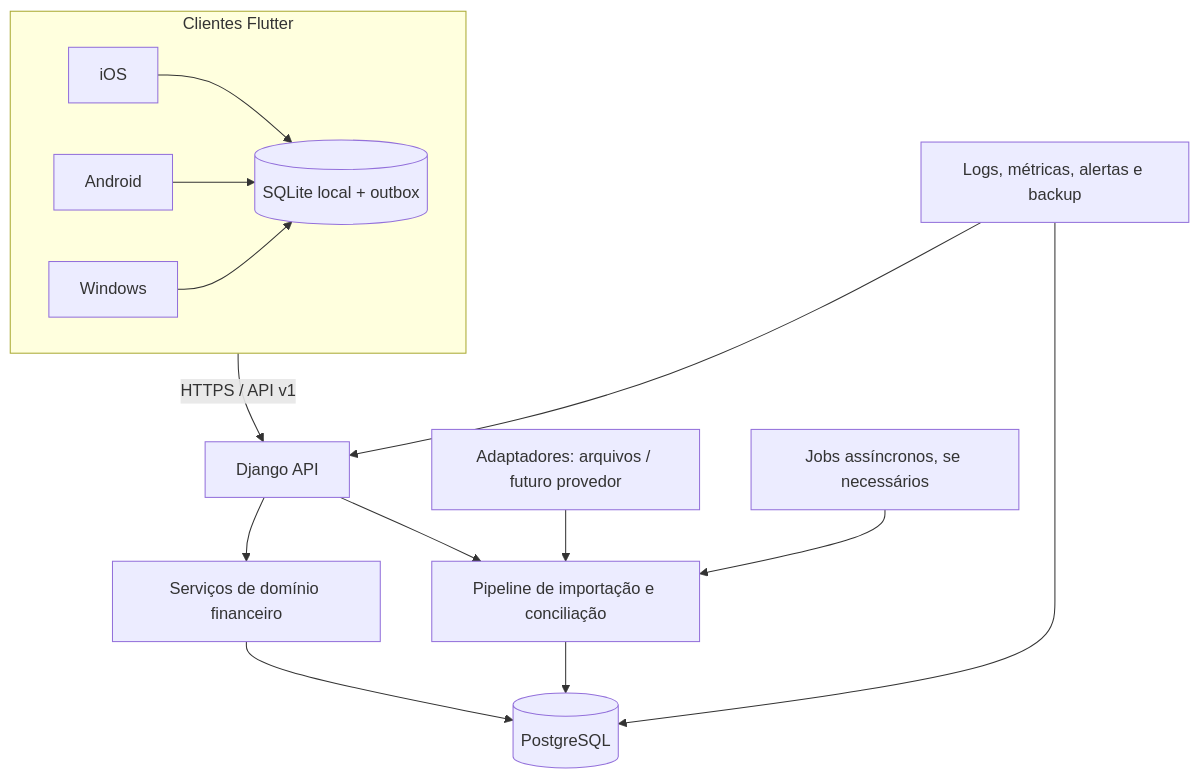
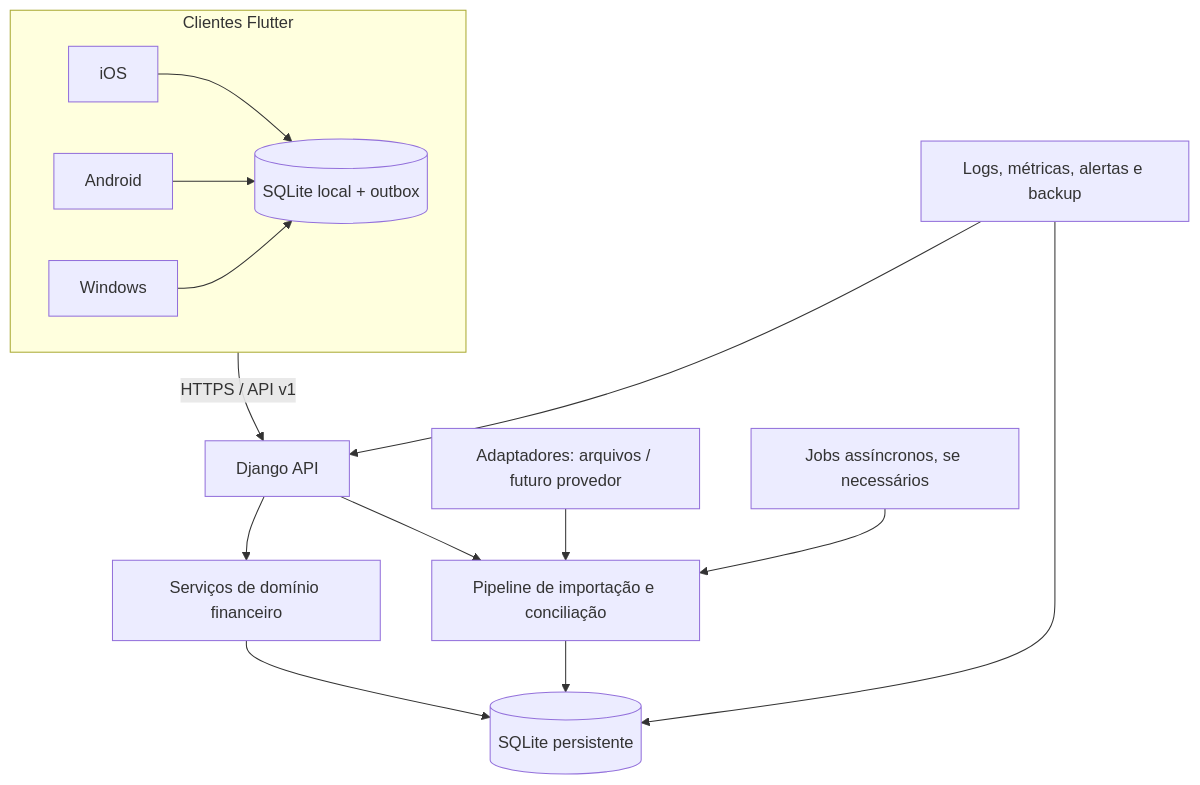
The third of 4 diagrams in PRD.md (Ludsonfrancisco/finanpy), drawn with Mermaid before and after one commit. The commit also changed other lines of this file and 13 other files, not shown here.

````diff
--- a/PRD.md
+++ b/PRD.md
@@ -152,21 +164,21 @@
 ```mermaid
 flowchart TB
     subgraph Clients["Clientes Flutter"]
         IOS["iOS"]
         Android["Android"]
         Windows["Windows"]
         Local[("SQLite local + outbox")]
         IOS --> Local
         Android --> Local
         Windows --> Local
     end
     Clients -->|"HTTPS / API v1"| API["Django API"]
     API --> Domain["Serviços de domínio financeiro"]
-    Domain --> PG[("PostgreSQL")]
+    Domain --> ServerDB[("SQLite persistente")]
     API --> Import["Pipeline de importação e conciliação"]
-    Import --> PG
+    Import --> ServerDB
     Provider["Adaptadores: arquivos / futuro provedor"] --> Import
     Worker["Jobs assíncronos, se necessários"] --> Import
     Ops["Logs, métricas, alertas e backup"] --> API
-    Ops --> PG
+    Ops --> ServerDB
 ```
````
